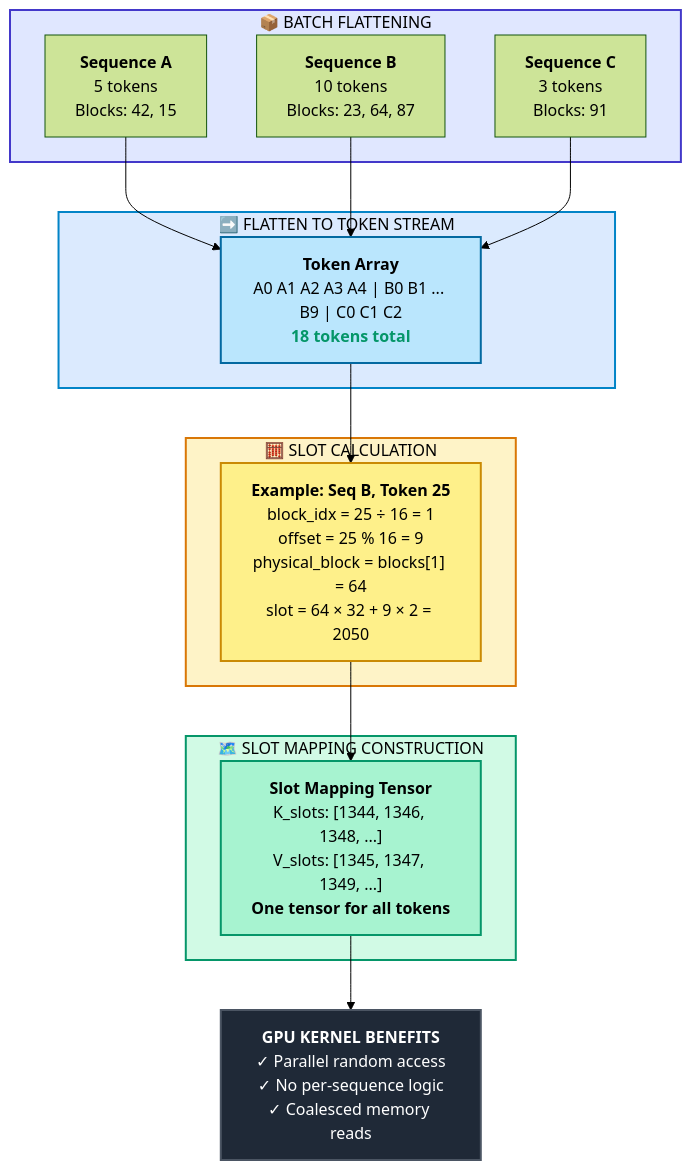
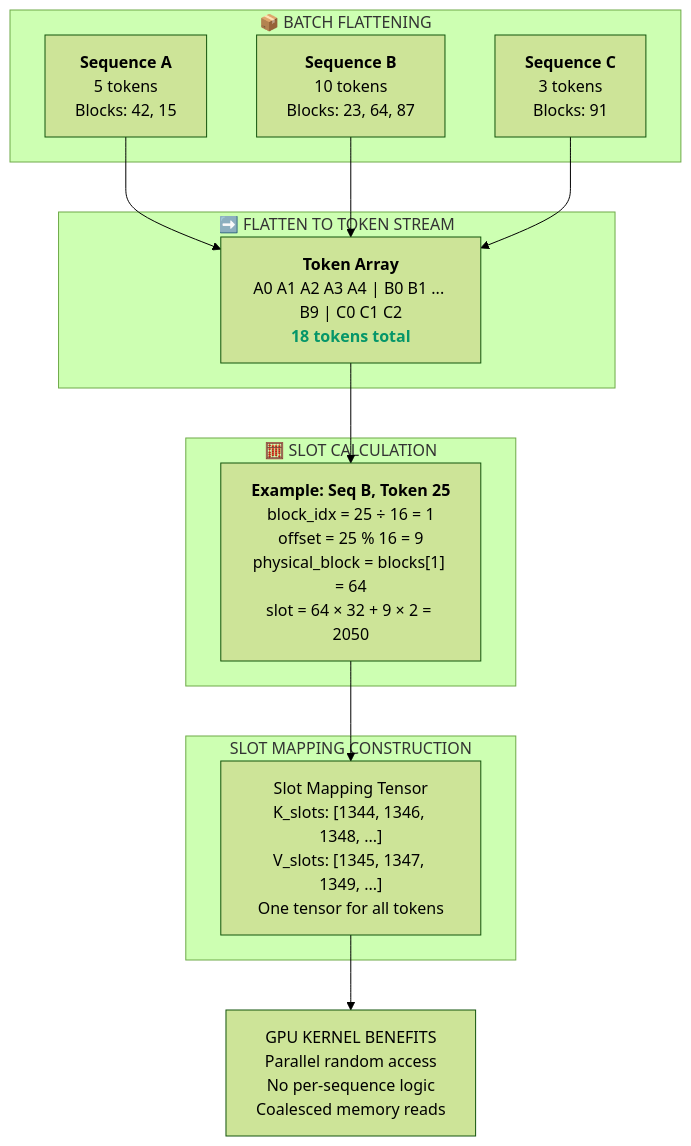
One commit to Shahriarin2garden/vllm_from_scratch changed the seventh of 9 diagrams in lab0.3/README.md. Above: the diagram before and after it, drawn with Mermaid (forest theme). The commit also changed other lines of this file, not shown here.

Commit message:
Refactor mermaid diagrams in Lab 0.3 README for improved readability and consistency

````diff
--- a/lab0.3/README.md
+++ b/lab0.3/README.md
@@ -636,38 +596,29 @@
 ```mermaid
 graph TD
     subgraph BATCH["📦 BATCH FLATTENING"]
         S1["<b>Sequence A</b><br/>5 tokens<br/>Blocks: 42, 15"]
         S2["<b>Sequence B</b><br/>10 tokens<br/>Blocks: 23, 64, 87"]
         S3["<b>Sequence C</b><br/>3 tokens<br/>Blocks: 91"]
     end
     
     subgraph FLAT["➡️ FLATTEN TO TOKEN STREAM"]
         TP["<b>Token Array</b><br/>A0 A1 A2 A3 A4 | B0 B1 ... B9 | C0 C1 C2<br/><b style='color:#059669'>18 tokens total</b>"]
     end
     
     subgraph CALC["🧮 SLOT CALCULATION"]
         EX["<b>Example: Seq B, Token 25</b><br/>block_idx = 25 ÷ 16 = 1<br/>offset = 25 % 16 = 9<br/>physical_block = blocks[1] = 64<br/>slot = 64 × 32 + 9 × 2 = 2050"]
     end
     
-    subgraph MAPPING["🗺️ SLOT MAPPING CONSTRUCTION"]
-        SM["<b>Slot Mapping Tensor</b><br/>K_slots: [1344, 1346, 1348, ...]<br/>V_slots: [1345, 1347, 1349, ...]<br/><b>One tensor for all tokens</b>"]
+    subgraph MAPPING["SLOT MAPPING CONSTRUCTION"]
+        SM["Slot Mapping Tensor<br/>K_slots: [1344, 1346, 1348, ...]<br/>V_slots: [1345, 1347, 1349, ...]<br/>One tensor for all tokens"]
     end
     
-    EXECUTION["<b style='color:#fff'>GPU KERNEL BENEFITS</b><br/>✓ Parallel random access<br/>✓ No per-sequence logic<br/>✓ Coalesced memory reads"]
+    EXECUTION["GPU KERNEL BENEFITS<br/>Parallel random access<br/>No per-sequence logic<br/>Coalesced memory reads"]
     
     S1 --> TP
     S2 --> TP
     S3 --> TP
     TP --> EX
     EX --> SM
     SM --> EXECUTION
-    
-    style BATCH fill:#e0e7ff,stroke:#4338ca,stroke-width:2px,color:#000
-    style FLAT fill:#dbeafe,stroke:#0284c7,stroke-width:2px,color:#000
-    style TP fill:#bae6fd,color:#000,stroke:#0369a1,stroke-width:2px
-    style CALC fill:#fef3c7,stroke:#d97706,stroke-width:2px,color:#000
-    style EX fill:#fef08a,color:#000,stroke:#ca8a04,stroke-width:2px
-    style MAPPING fill:#d1fae5,stroke:#059669,stroke-width:2px,color:#000
-    style SM fill:#a7f3d0,color:#000,stroke:#059669,stroke-width:2px
-    style EXECUTION fill:#1f2937,color:#fff,stroke:#4b5563,stroke-width:2px
 ```
````
